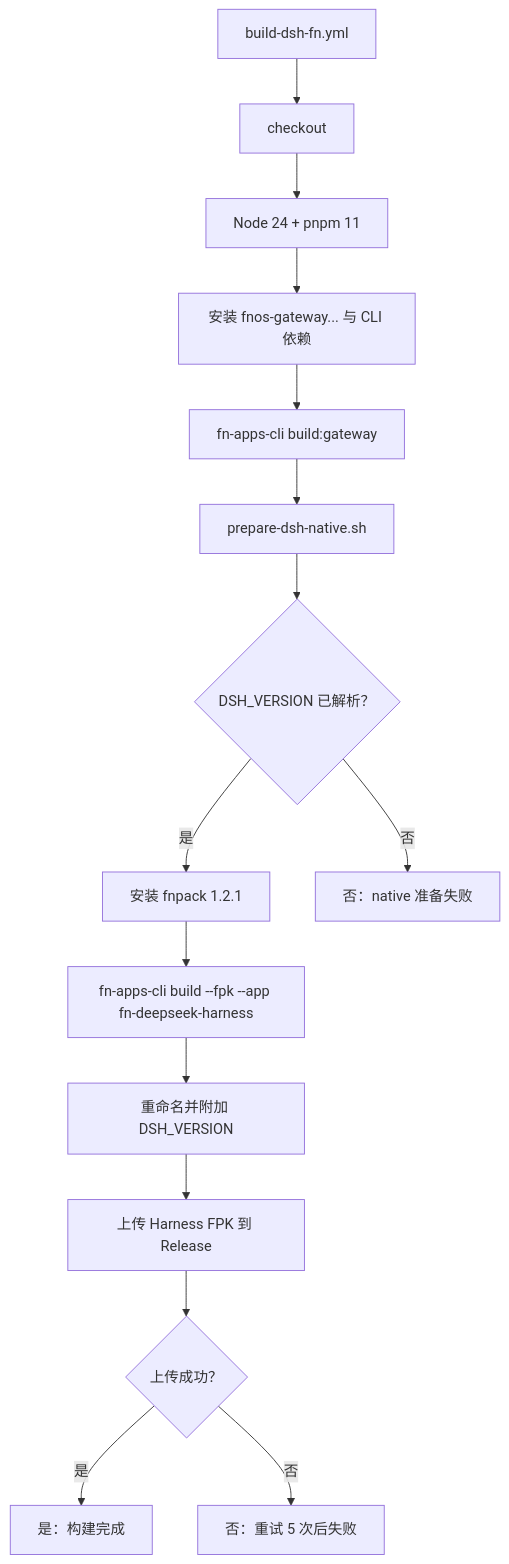
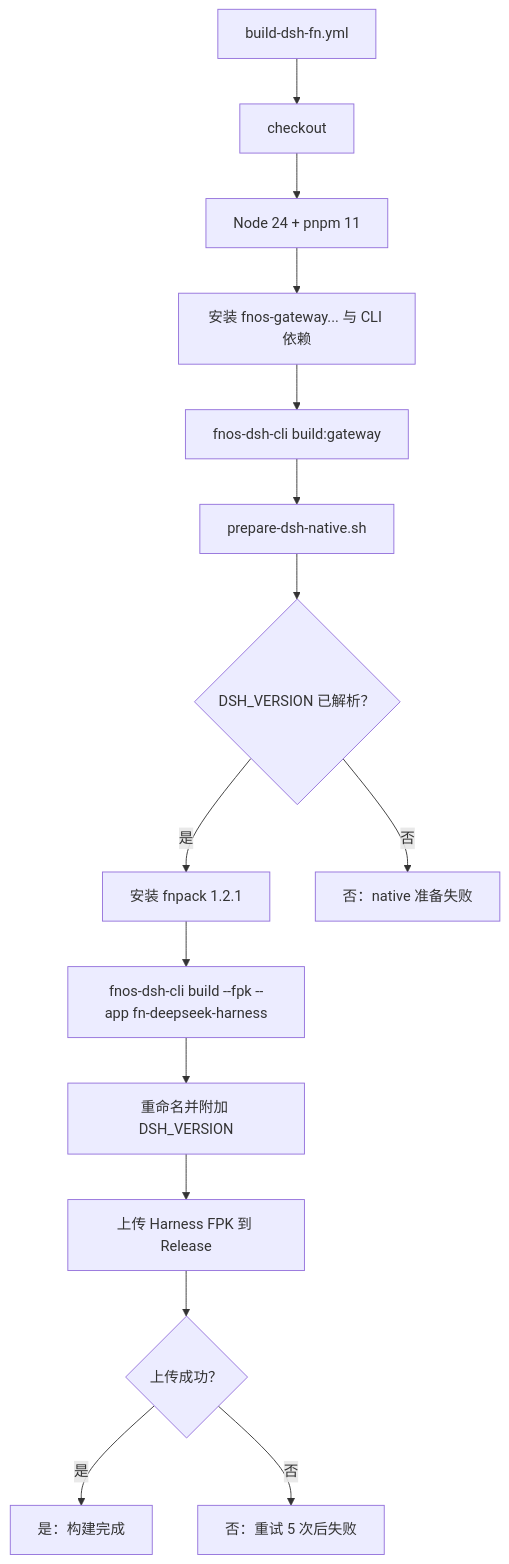
One commit to FNOSP/fnos-dsh changed the third of 4 diagrams in docs/development/github-workflows.md. Above: the diagram before and after it, drawn with Mermaid. The commit also changed other lines of this file and 50 other files, not shown here.

````diff
--- a/docs/development/github-workflows.md
+++ b/docs/development/github-workflows.md
@@ -94,25 +94,25 @@
 ```mermaid
 flowchart TD
   workflow["build-dsh-fn.yml"]
   checkout["checkout"]
   tooling["Node 24 + pnpm 11"]
   install["安装 fnos-gateway... 与 CLI 依赖"]
-  gateway["fn-apps-cli build:gateway"]
+  gateway["fnos-dsh-cli build:gateway"]
   native["prepare-dsh-native.sh"]
   nativeStatus{"DSH_VERSION 已解析？"}
   fnpack["安装 fnpack 1.2.1"]
-  build["fn-apps-cli build --fpk --app fn-deepseek-harness"]
+  build["fnos-dsh-cli build --fpk --app fn-deepseek-harness"]
   rename["重命名并附加 DSH_VERSION"]
   upload["上传 Harness FPK 到 Release"]
   status{"上传成功？"}
   done["是：构建完成"]
   nativeFail["否：native 准备失败"]
   uploadFail["否：重试 5 次后失败"]
 
   workflow --> checkout --> tooling --> install --> gateway --> native --> nativeStatus
   nativeStatus -->|是| fnpack
   nativeStatus -->|否| nativeFail
   fnpack --> build --> rename --> upload --> status
   status -->|是| done
   status -->|否| uploadFail
 ```
````
